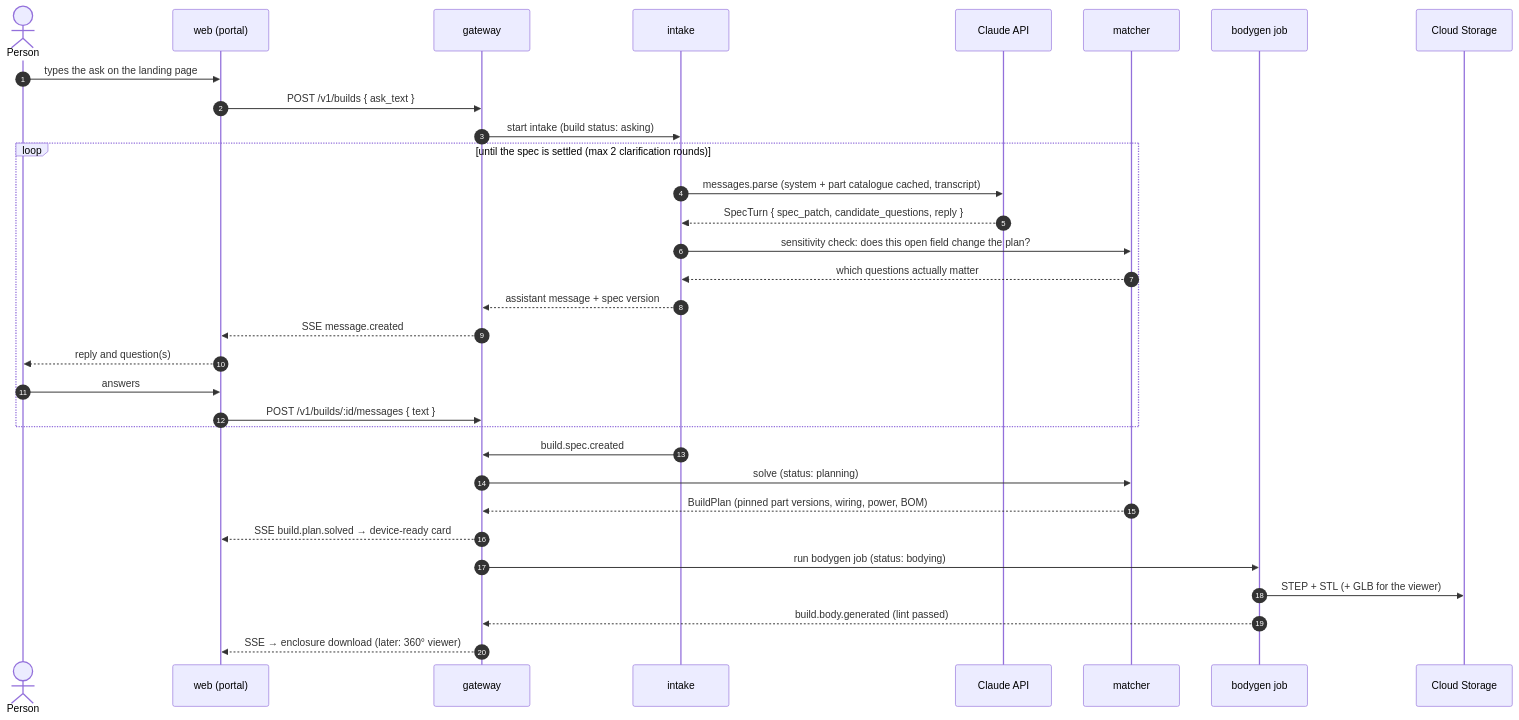
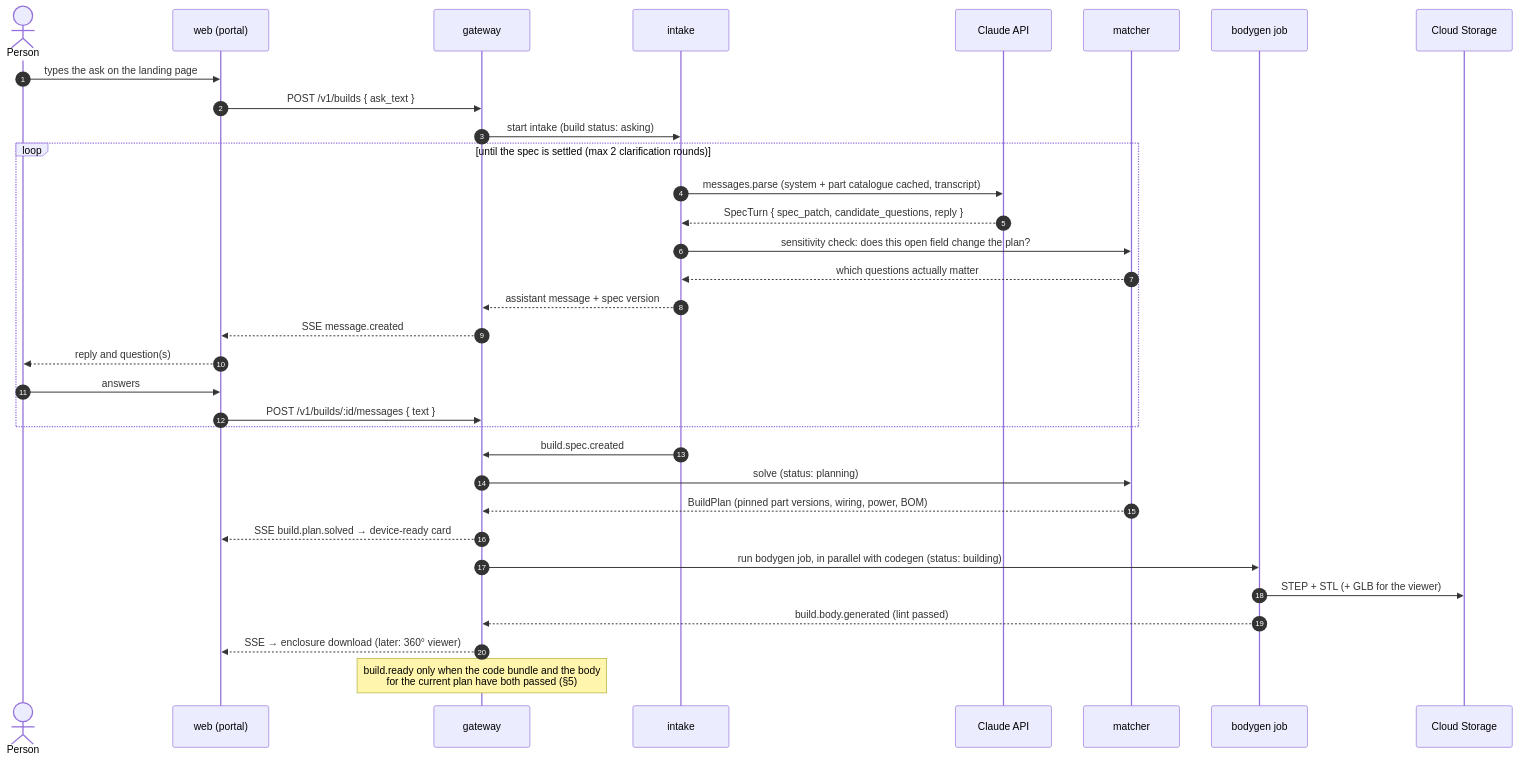
Before and after one commit to guitarpastdusk/albusforge: the diagram in docs/ASK-TO-ENCLOSURE.md, drawn with Mermaid. The commit also changed other lines of this file, not shown here.

First line of the commit message:
Ask to enclosure: address review (failure paths, M2 auth/usage, parallel join, schema schedule)

````diff
--- a/docs/ASK-TO-ENCLOSURE.md
+++ b/docs/ASK-TO-ENCLOSURE.md
@@ -30,35 +30,36 @@
 ```mermaid
 sequenceDiagram
     autonumber
     actor U as Person
     participant W as web (portal)
     participant G as gateway
     participant I as intake
     participant C as Claude API
     participant M as matcher
     participant B as bodygen job
     participant S as Cloud Storage
 
     U->>W: types the ask on the landing page
     W->>G: POST /v1/builds { ask_text }
     G->>I: start intake (build status: asking)
     loop until the spec is settled (max 2 clarification rounds)
         I->>C: messages.parse (system + part catalogue cached, transcript)
         C-->>I: SpecTurn { spec_patch, candidate_questions, reply }
         I->>M: sensitivity check: does this open field change the plan?
         M-->>I: which questions actually matter
         I-->>G: assistant message + spec version
         G-->>W: SSE message.created
         W-->>U: reply and question(s)
         U->>W: answers
         W->>G: POST /v1/builds/:id/messages { text }
     end
     I->>G: build.spec.created
     G->>M: solve (status: planning)
     M-->>G: BuildPlan (pinned part versions, wiring, power, BOM)
     G-->>W: SSE build.plan.solved → device-ready card
-    G->>B: run bodygen job (status: bodying)
+    G->>B: run bodygen job, in parallel with codegen (status: building)
     B->>S: STEP + STL (+ GLB for the viewer)
     B-->>G: build.body.generated (lint passed)
     G-->>W: SSE → enclosure download (later: 360° viewer)
+    Note over G: build.ready only when the code bundle and the body<br/>for the current plan have both passed (§5)
 ```
````
